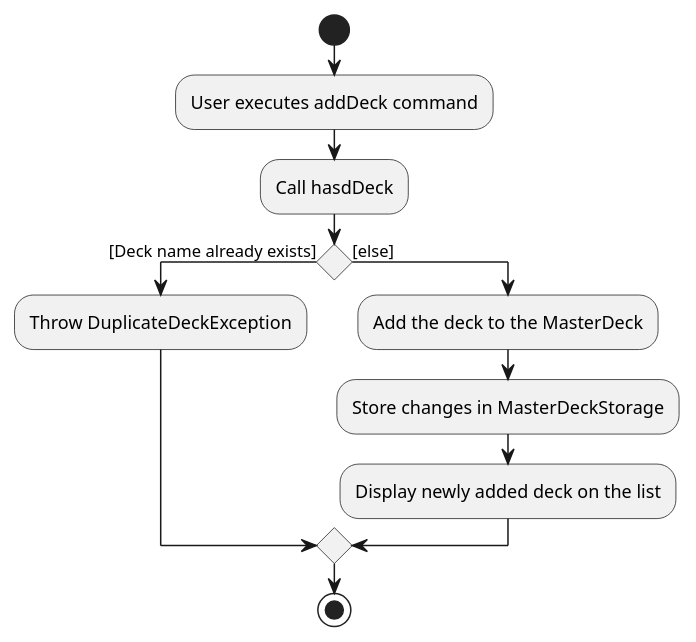
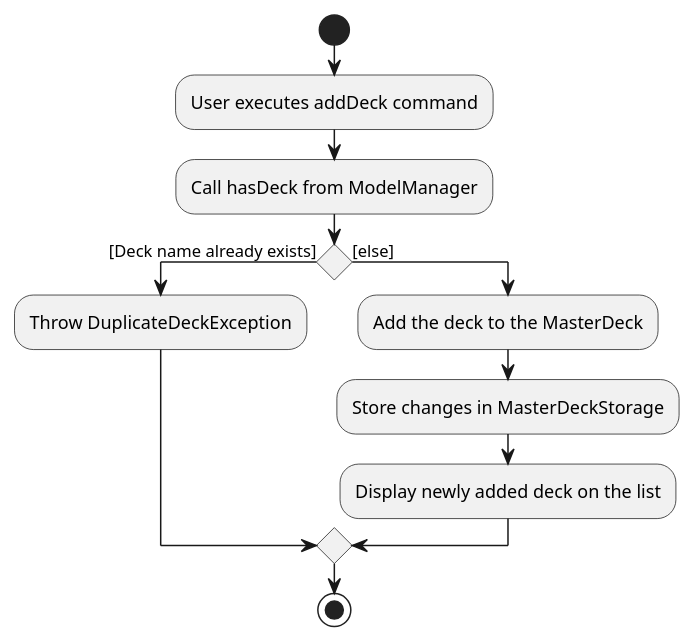
The diagram in docs/diagrams/AddDceckActivityDiagram.puml (nus-cs2103-AY2223S2/tp), drawn with PlantUML before and after one commit.

Commit message:
Update activity diagram and fix typo

```diff
--- a/docs/diagrams/AddDceckActivityDiagram.puml
+++ b/docs/diagrams/AddDceckActivityDiagram.puml
@@ -1,18 +1,18 @@
 @startuml
 
 start
 :User executes addDeck command;
 
-:Call hasdDeck;
+:Call hasDeck from ModelManager;
 
 if () then ([Deck name already exists])
     :Throw DuplicateDeckException;
 else ([else])
     :Add the deck to the MasterDeck;
     :Store changes in MasterDeckStorage;
     :Display newly added deck on the list;
 
 endif
 
 stop
 @enduml
```
